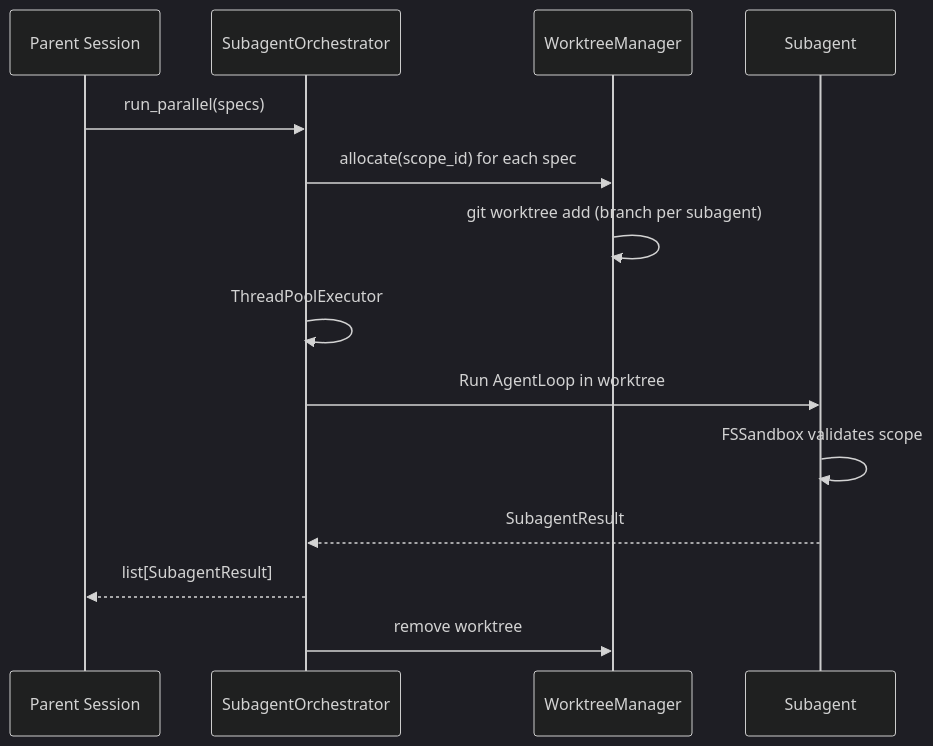
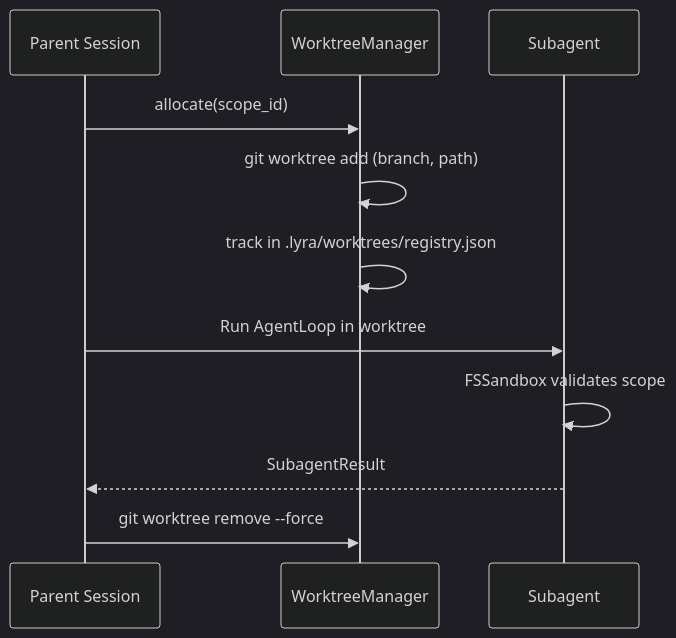
Before and after one commit to ndqkhanh/lyra: the diagram in docs/blocks/08-subagent-worktree.md, drawn with Mermaid (dark theme). The commit also changed other lines of this file and 65 other files, not shown here.

````diff
--- a/docs/blocks/08-subagent-worktree.md
+++ b/docs/blocks/08-subagent-worktree.md
@@ -14,17 +10,14 @@
 ```mermaid
 sequenceDiagram
     participant P as Parent Session
-    participant O as SubagentOrchestrator
     participant WM as WorktreeManager
     participant SA as Subagent
 
-    P->>O: run_parallel(specs)
-    O->>WM: allocate(scope_id) for each spec
-    WM->>WM: git worktree add (branch per subagent)
-    O->>O: ThreadPoolExecutor
-    O->>SA: Run AgentLoop in worktree
+    P->>WM: allocate(scope_id)
+    WM->>WM: git worktree add (branch, path)
+    WM->>WM: track in .lyra/worktrees/registry.json
+    P->>SA: Run AgentLoop in worktree
     SA->>SA: FSSandbox validates scope
-    SA-->>O: SubagentResult
-    O-->>P: list[SubagentResult]
-    O->>WM: remove worktree
+    SA-->>P: SubagentResult
+    P->>WM: git worktree remove --force
 ```
````
